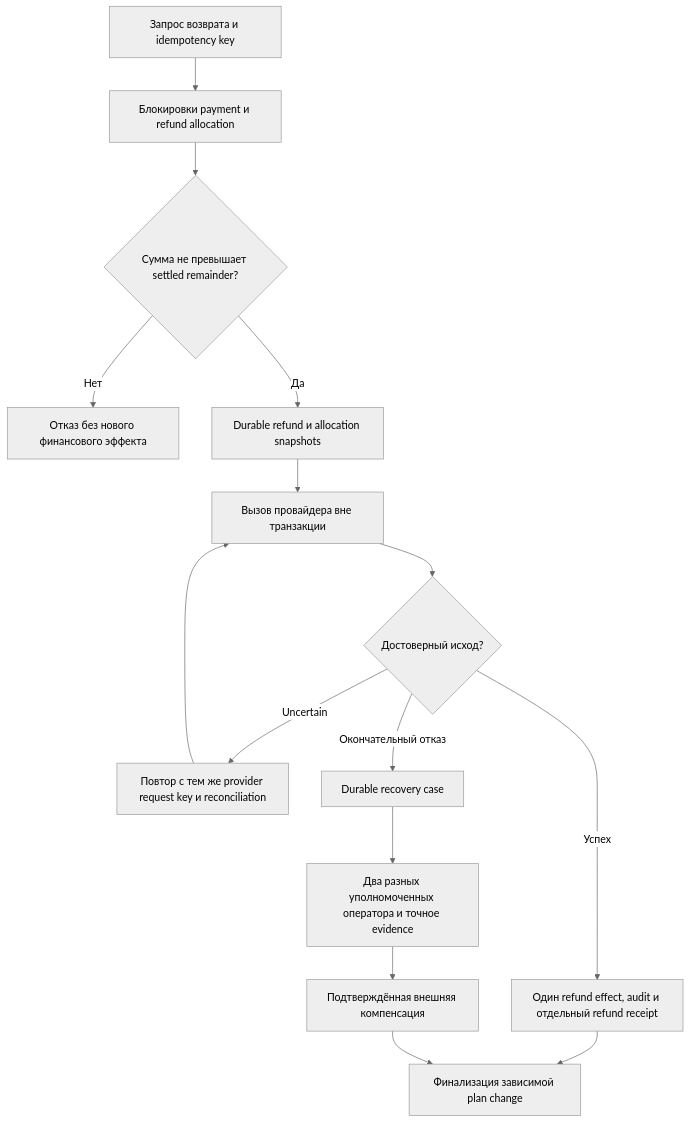
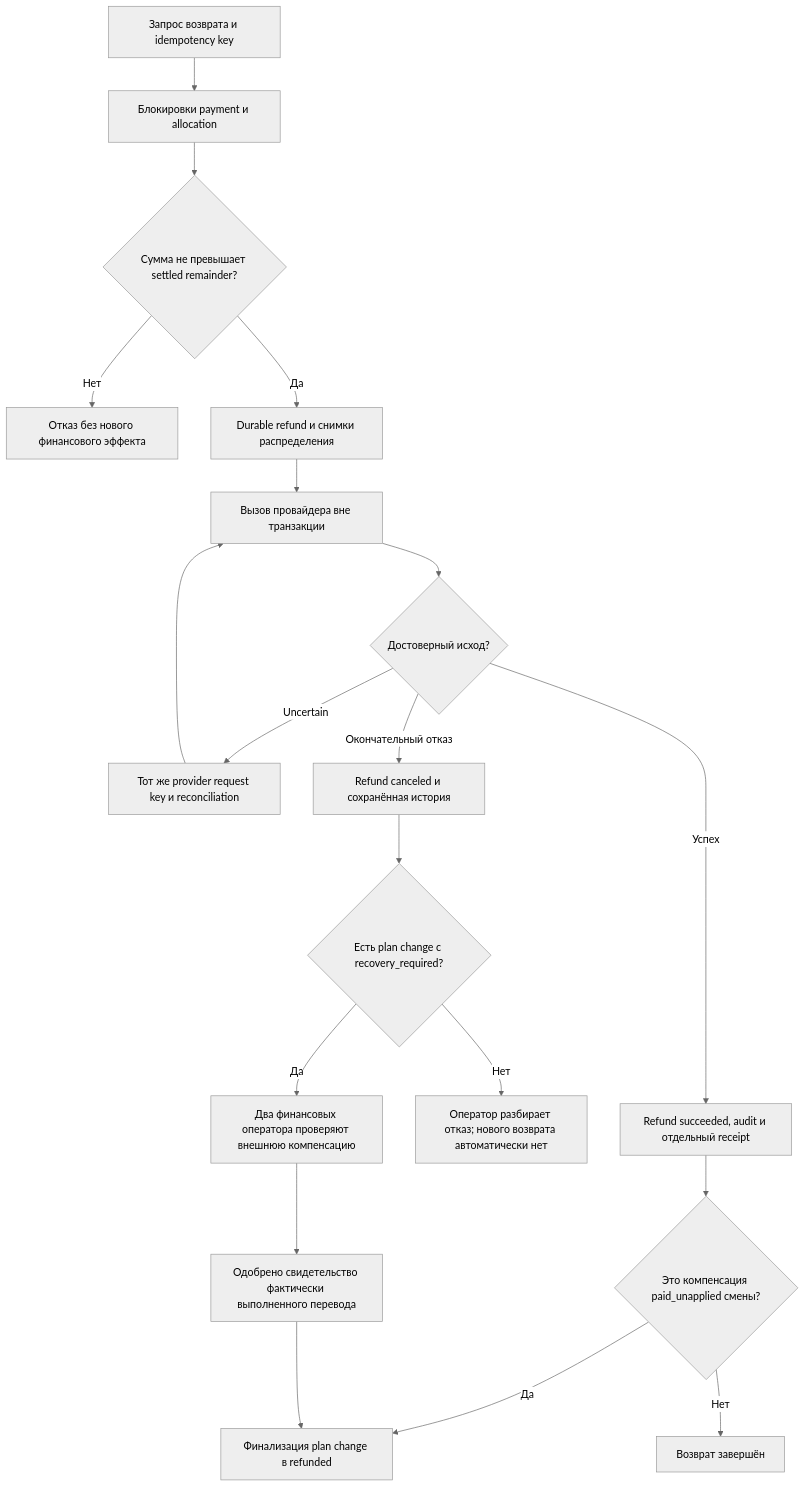
One commit to YCleffo/Platform changed the diagram in docs/processes/09-refund.mmd. Above: the diagram before and after it, drawn with Mermaid (neutral theme). The commit also changed 35 other files, not shown here.

```diff
--- a/docs/processes/09-refund.mmd
+++ b/docs/processes/09-refund.mmd
@@ -1,15 +1,19 @@
 flowchart TD
-  Request[Запрос возврата и idempotency key] --> Lock[Блокировки payment и refund allocation]
+  Request[Запрос возврата и idempotency key] --> Lock[Блокировки payment и allocation]
   Lock --> Limit{Сумма не превышает settled remainder?}
   Limit -->|Нет| Reject[Отказ без нового финансового эффекта]
-  Limit -->|Да| Reserve[Durable refund и allocation snapshots]
+  Limit -->|Да| Reserve[Durable refund и снимки распределения]
   Reserve --> Provider[Вызов провайдера вне транзакции]
   Provider --> State{Достоверный исход?}
-  State -->|Uncertain| Retry[Повтор с тем же provider request key и reconciliation]
+  State -->|Uncertain| Retry[Тот же provider request key и reconciliation]
   Retry --> Provider
-  State -->|Успех| Success[Один refund effect, audit и отдельный refund receipt]
-  State -->|Окончательный отказ| Case[Durable recovery case]
-  Case --> Evidence[Два разных уполномоченных оператора и точное evidence]
-  Evidence --> External[Подтверждённая внешняя компенсация]
-  Success --> Finish[Финализация зависимой plan change]
+  State -->|Успех| Success[Refund succeeded, audit и отдельный receipt]
+  State -->|Окончательный отказ| Canceled[Refund canceled и сохранённая история]
+  Success --> Dependent{Это компенсация paid_unapplied смены?}
+  Dependent -->|Да| Finish[Финализация plan change в refunded]
+  Dependent -->|Нет| Done[Возврат завершён]
+  Canceled --> Recovery{Есть plan change с recovery_required?}
+  Recovery -->|Нет| Operator[Оператор разбирает отказ; нового возврата автоматически нет]
+  Recovery -->|Да| Evidence[Два финансовых оператора проверяют внешнюю компенсацию]
+  Evidence --> External[Одобрено свидетельство фактически выполненного перевода]
   External --> Finish
```
